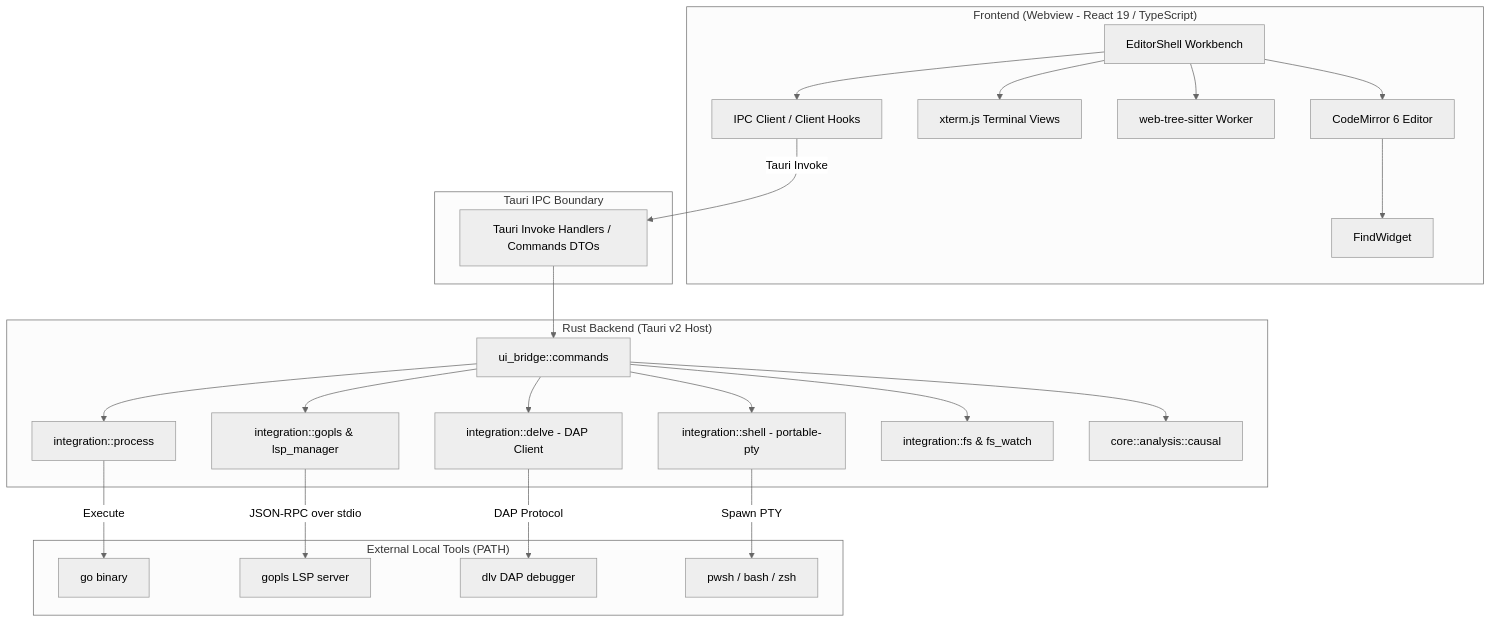
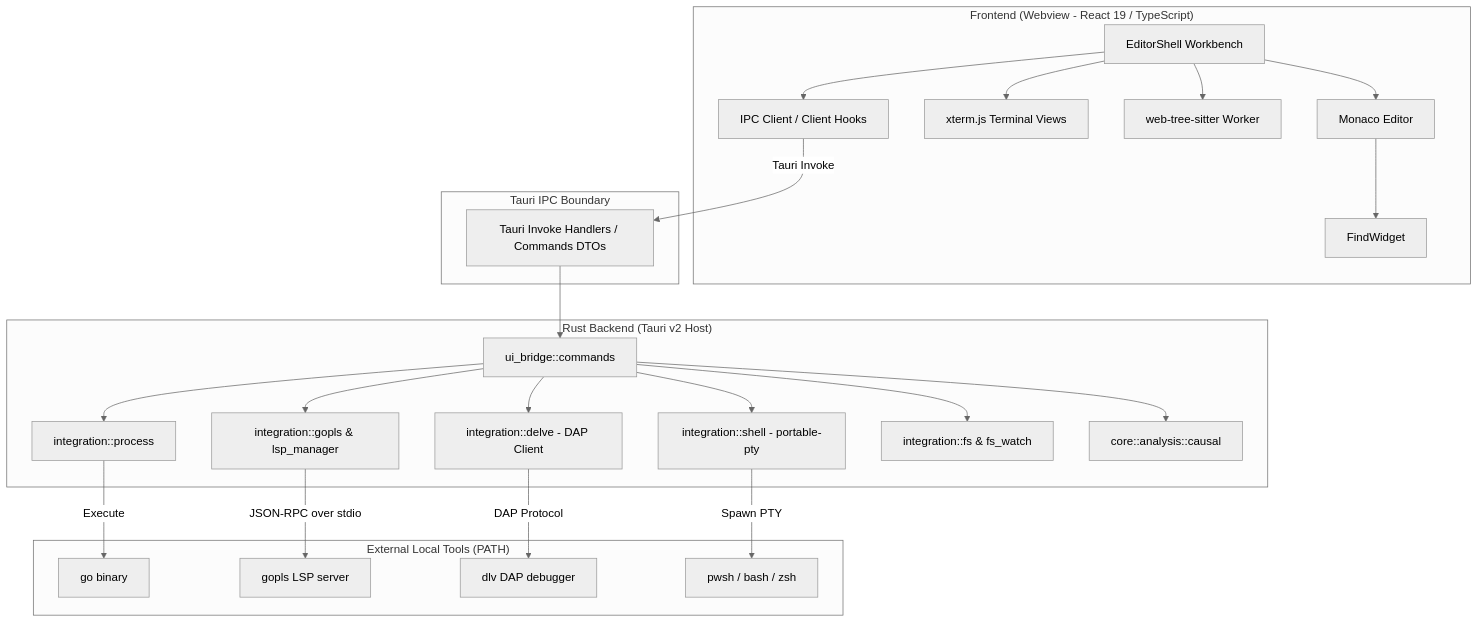
One commit to sung2708/goide changed the first of 2 diagrams in docs/ARCHITECTURE.md. Above: the diagram before and after it, drawn with Mermaid (neutral theme). The commit also changed other lines of this file and 105 other files, not shown here.

Commit message:
feat(editor): migrate to Monaco and improve feedback

````diff
--- a/docs/ARCHITECTURE.md
+++ b/docs/ARCHITECTURE.md
@@ -15,52 +15,52 @@
 ```mermaid
 graph TD
     subgraph Frontend ["Frontend (Webview - React 19 / TypeScript)"]
         UI[EditorShell Workbench]
-        CM[CodeMirror 6 Editor]
+        CM[Monaco Editor]
         Find[FindWidget]
         TermUI[xterm.js Terminal Views]
         Worker[web-tree-sitter Worker]
         IPC_Client[IPC Client / Client Hooks]
         
         UI --> CM
         CM --> Find
         UI --> TermUI
         UI --> Worker
         UI --> IPC_Client
     end
 
     subgraph Tauri_IPC ["Tauri IPC Boundary"]
         IPC_Bridge[Tauri Invoke Handlers / Commands DTOs]
     end
 
     subgraph Rust_Backend ["Rust Backend (Tauri v2 Host)"]
         UIBridge[ui_bridge::commands]
         ProcessMgr[integration::process]
         PTYMgr[integration::shell - portable-pty]
         LSPMgr[integration::gopls & lsp_manager]
         DelveMgr[integration::delve - DAP Client]
         FSMgr[integration::fs & fs_watch]
         Causal[core::analysis::causal]
         
         UIBridge --> ProcessMgr
         UIBridge --> PTYMgr
         UIBridge --> LSPMgr
         UIBridge --> DelveMgr
         UIBridge --> FSMgr
         UIBridge --> Causal
     end
 
     subgraph External_Tooling ["External Local Tools (PATH)"]
         GoTool[go binary]
         GoplsTool[gopls LSP server]
         DelveTool[dlv DAP debugger]
         ShellBin[pwsh / bash / zsh]
     end
 
     IPC_Client -->|Tauri Invoke| IPC_Bridge
     IPC_Bridge --> UIBridge
     ProcessMgr -->|Execute| GoTool
     LSPMgr -->|JSON-RPC over stdio| GoplsTool
     DelveMgr -->|DAP Protocol| DelveTool
     PTYMgr -->|Spawn PTY| ShellBin
 ```
````
